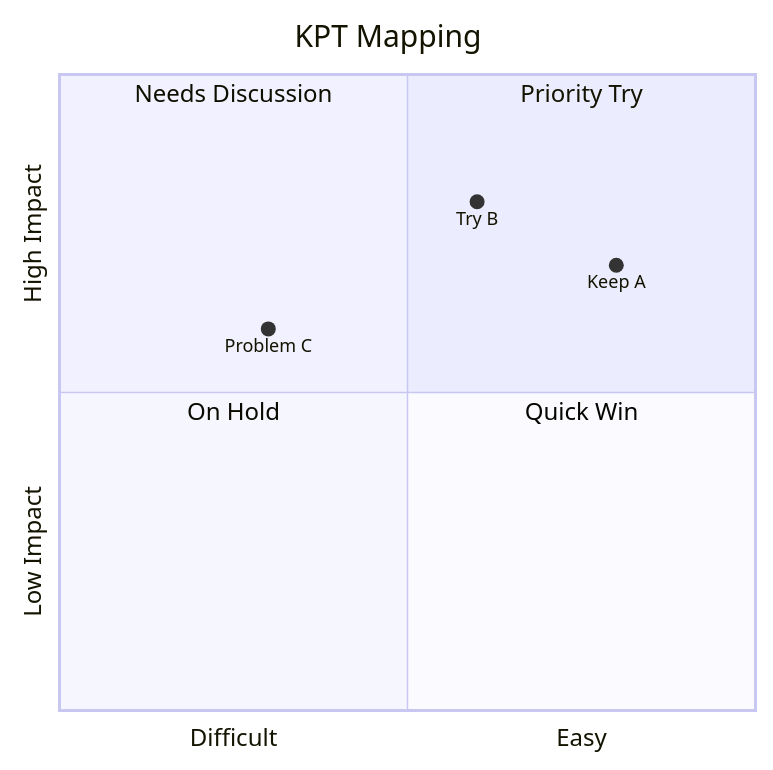
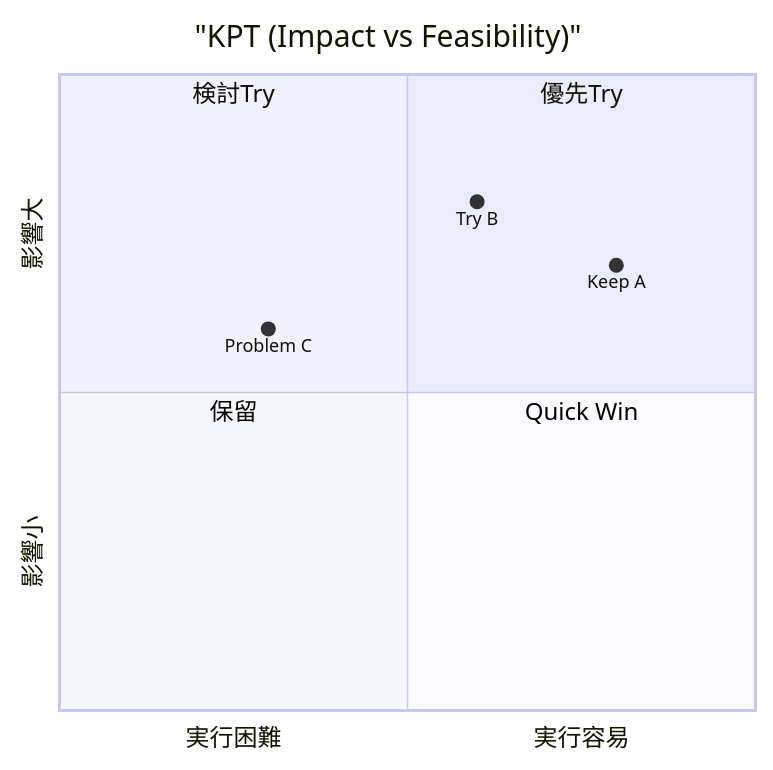
Before and after one commit to 9BwgeBTPG-QH/mark-it-down: the diagram in docs/templates/productivity/kpt-retrospective-ja.md, drawn with Mermaid.

Commit message:
Update KPT retrospective chart labels in Japanese template for clarity
- Translated the KPT chart title and axis labels to enhance understanding for Japanese users.
- Revised quadrant labels to improve clarity and presentation of the KPT retrospective framework.

These updates aim to make the template more user-friendly and accessible for the intended audience.

````diff
--- a/docs/templates/productivity/kpt-retrospective-ja.md
+++ b/docs/templates/productivity/kpt-retrospective-ja.md
@@ -22,13 +22,13 @@
 ```mermaid
 quadrantChart
-    title KPT Mapping
-    x-axis Difficult --> Easy
-    y-axis Low Impact --> High Impact
-    quadrant-1 Priority Try
-    quadrant-2 Needs Discussion
-    quadrant-3 On Hold
-    quadrant-4 Quick Win
-    Keep A: [0.8, 0.7]
-    Try B: [0.6, 0.8]
-    Problem C: [0.3, 0.6]
+    title "KPT (Impact vs Feasibility)"
+    x-axis "実行困難" --> "実行容易"
+    y-axis "影響小" --> "影響大"
+    quadrant-1 "優先Try"
+    quadrant-2 "検討Try"
+    quadrant-3 "保留"
+    quadrant-4 "Quick Win"
+    "Keep A": [0.8, 0.7]
+    "Try B": [0.6, 0.8]
+    "Problem C": [0.3, 0.6]
 ```
````
